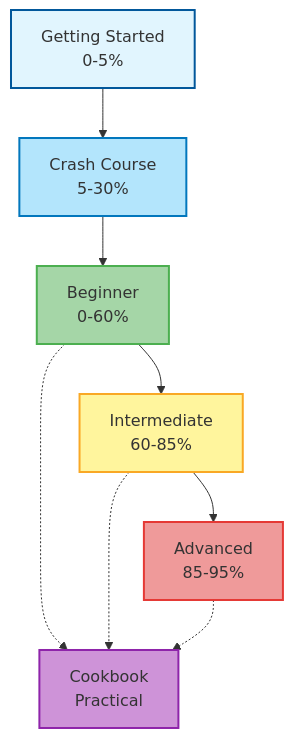
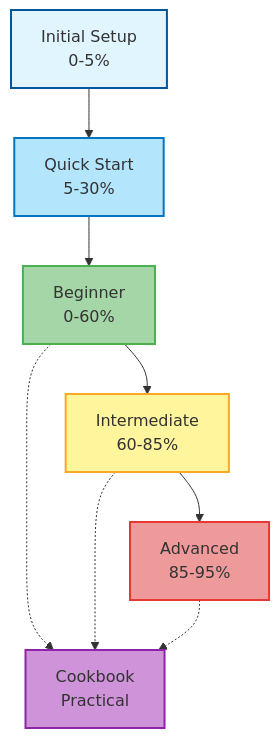
Before and after one commit to wahidyankf/open-sharia-enterprise: the first of 2 diagrams in docs/explanation/conventions/ex-co__tutorial-naming.md, drawn with Mermaid. The commit also changed other lines of this file and 10 other files, not shown here.

First line of the commit message:
refactor(conventions): rename tutorial types to Initial Setup and Quick Start

````diff
--- a/docs/explanation/conventions/ex-co__tutorial-naming.md
+++ b/docs/explanation/conventions/ex-co__tutorial-naming.md
@@ -30,25 +30,25 @@
 ```mermaid
 graph TB
-	A[Getting Started<br/>0-5%]
-	B[Crash Course<br/>5-30%]
+	A[Initial Setup<br/>0-5%]
+	B[Quick Start<br/>5-30%]
 	C[Beginner<br/>0-60%]
 	D[Intermediate<br/>60-85%]
 	E[Advanced<br/>85-95%]
 	F[Cookbook<br/>Practical]
 
 	A --> B
 	B --> C
 	C --> D
 	D --> E
 
 	C -.-> F
 	D -.-> F
 	E -.-> F
 
 	style A fill:#e1f5fe,stroke:#01579b,stroke-width:2px
 	style B fill:#b3e5fc,stroke:#0277bd,stroke-width:2px
 	style C fill:#a5d6a7,stroke:#4caf50,stroke-width:2px
 	style D fill:#fff59d,stroke:#f9a825,stroke-width:2px
 	style E fill:#ef9a9a,stroke:#e53935,stroke-width:2px
 	style F fill:#ce93d8,stroke:#8e24aa,stroke-width:2px
 ```
````
